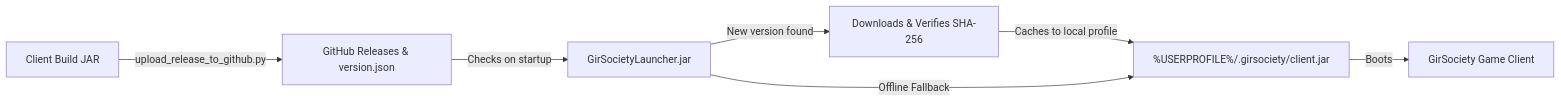
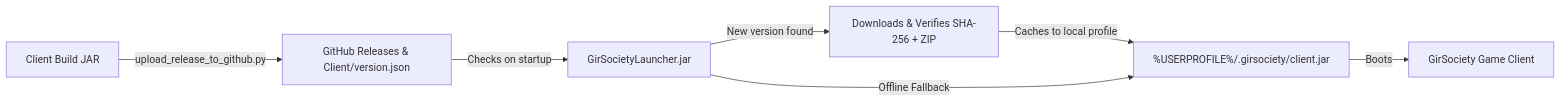
One commit to yaitsbilly/gs-rsps-client changed the diagram in README.md. Above: the diagram before and after it, drawn with Mermaid. The commit also changed other lines of this file, not shown here.

Commit message:
Update README.md - Release v3.7.0

````diff
--- a/README.md
+++ b/README.md
@@ -137,9 +138,9 @@
 ```mermaid
 graph LR
-    A[Client Build JAR] -->|upload_release_to_github.py| B[GitHub Releases & version.json]
+    A[Client Build JAR] -->|upload_release_to_github.py| B[GitHub Releases & Client/version.json]
     B -->|Checks on startup| C[GirSocietyLauncher.jar]
-    C -->|New version found| D[Downloads & Verifies SHA-256]
+    C -->|New version found| D[Downloads & Verifies SHA-256 + ZIP]
     D -->|Caches to local profile| E[%USERPROFILE%/.girsociety/client.jar]
     E -->|Boots| F[GirSociety Game Client]
     C -->|Offline Fallback| E
 ```
````
